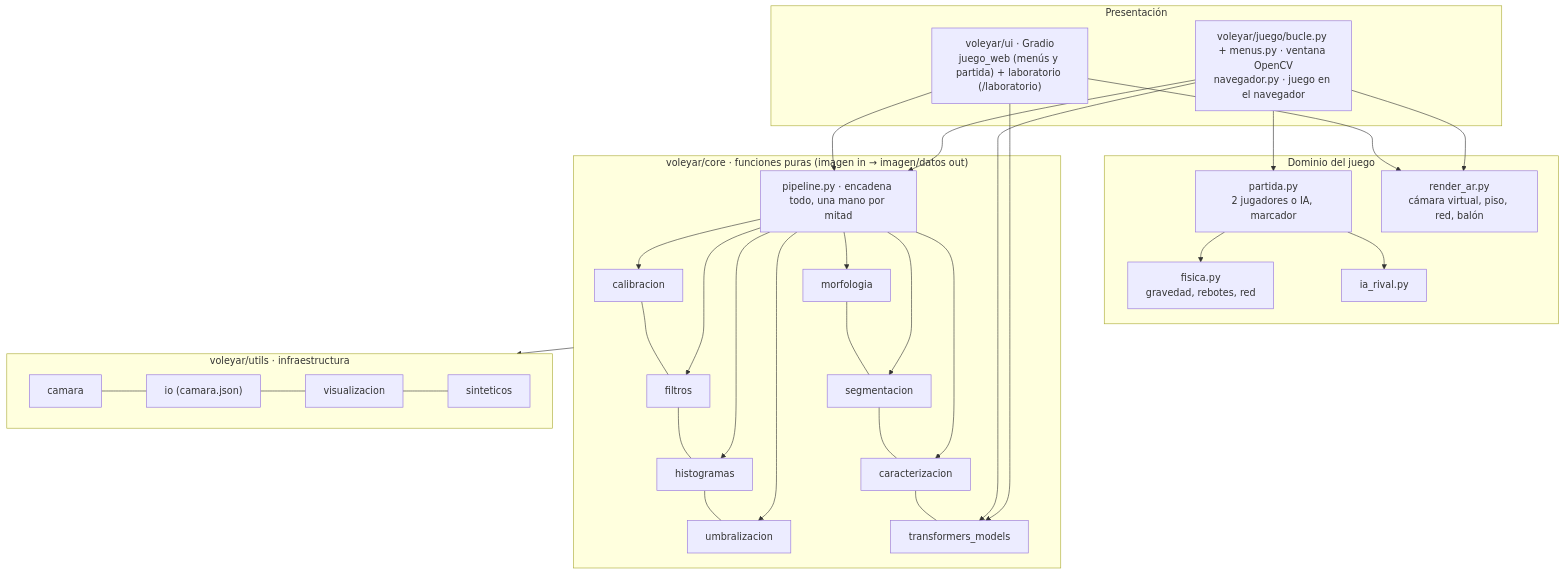
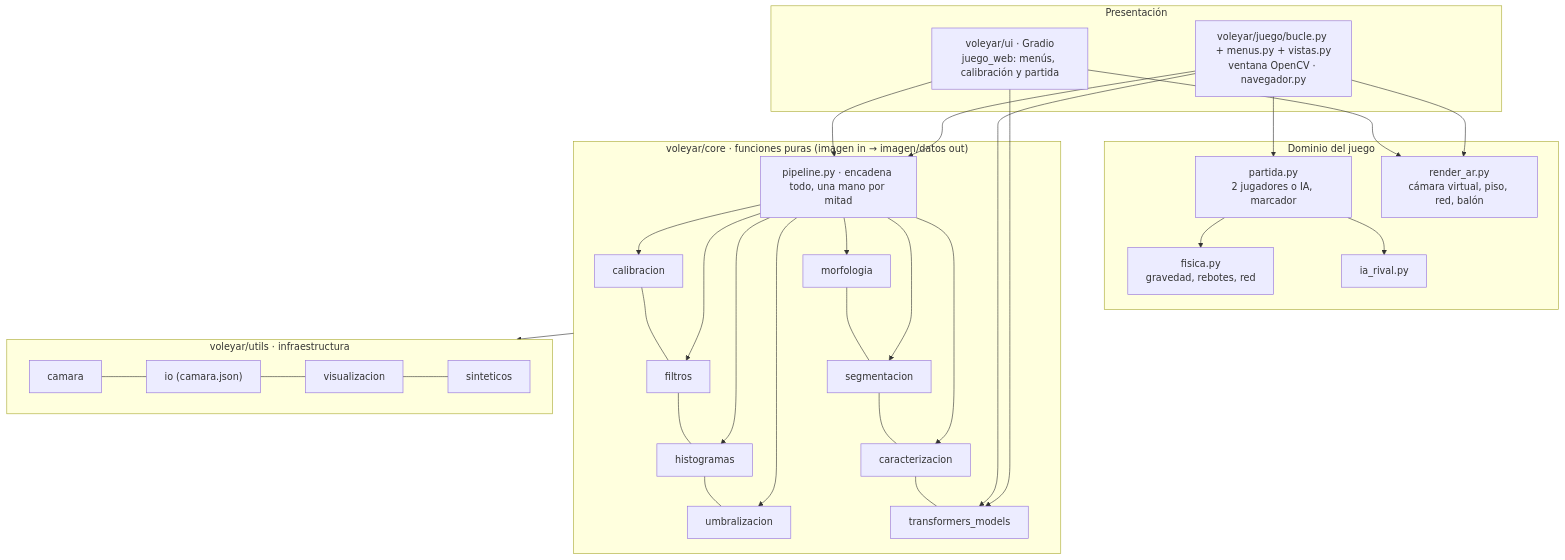
Before and after one commit to Jeol28/Voley-AR: the second of 3 diagrams in README.md, drawn with Mermaid. The commit also changed other lines of this file and 3 other files, not shown here.

````diff
--- a/README.md
+++ b/README.md
@@ -293,32 +296,32 @@
 ```mermaid
 flowchart TB
     subgraph Presentacion["Presentación"]
-        UI["voleyar/ui · Gradio<br/>juego_web (menús y partida) + laboratorio (/laboratorio)"]
-        BUCLE["voleyar/juego/bucle.py + menus.py · ventana OpenCV<br/>navegador.py · juego en el navegador"]
+        UI["voleyar/ui · Gradio<br/>juego_web: menús, calibración y partida"]
+        BUCLE["voleyar/juego/bucle.py + menus.py + vistas.py<br/>ventana OpenCV · navegador.py"]
     end
     subgraph Juego["Dominio del juego"]
         FIS["fisica.py<br/>gravedad, rebotes, red"]
         IA["ia_rival.py"]
         PAR["partida.py<br/>2 jugadores o IA, marcador"]
         REN["render_ar.py<br/>cámara virtual, piso, red, balón"]
     end
     subgraph Core["voleyar/core · funciones puras (imagen in → imagen/datos out)"]
         CAL["calibracion"] --- FIL["filtros"] --- HIS["histogramas"] --- UMB["umbralizacion"]
         MOR["morfologia"] --- SEG["segmentacion"] --- CAR["caracterizacion"] --- TRF["transformers_models"]
         PIPE["pipeline.py · encadena todo, una mano por mitad"]
     end
     subgraph Utils["voleyar/utils · infraestructura"]
         CAM["camara"] --- IO["io (camara.json)"] --- VIS["visualizacion"] --- SIN["sinteticos"]
     end
     UI --> PIPE
     UI --> REN
     BUCLE --> PIPE
     BUCLE --> PAR
     BUCLE --> REN
     PAR --> FIS
     PAR --> IA
     PIPE --> CAL & FIL & HIS & UMB & MOR & SEG & CAR
     BUCLE --> TRF
     UI --> TRF
     Core --> Utils
 ```
````
